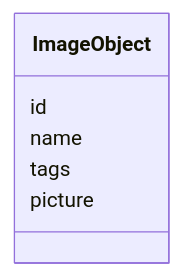
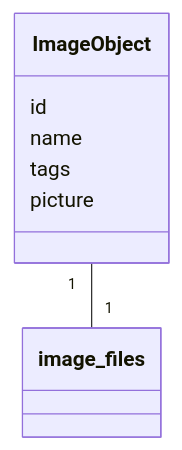
One commit to syrvil/ot-harjoitustyo changed the first of 3 diagrams in dokumentaatio/arkkitehtuuri.md. Above: the diagram before and after it, drawn with Mermaid. The commit also changed other lines of this file, not shown here.

````diff
--- a/dokumentaatio/arkkitehtuuri.md
+++ b/dokumentaatio/arkkitehtuuri.md
@@ -23,10 +23,11 @@
 ```mermaid
  classDiagram
+      ImageObject "1" -- "1" image_files
       class ImageObject{
           id
           name
           tags
           picture
       }
-
+      image_files
 ```
````
